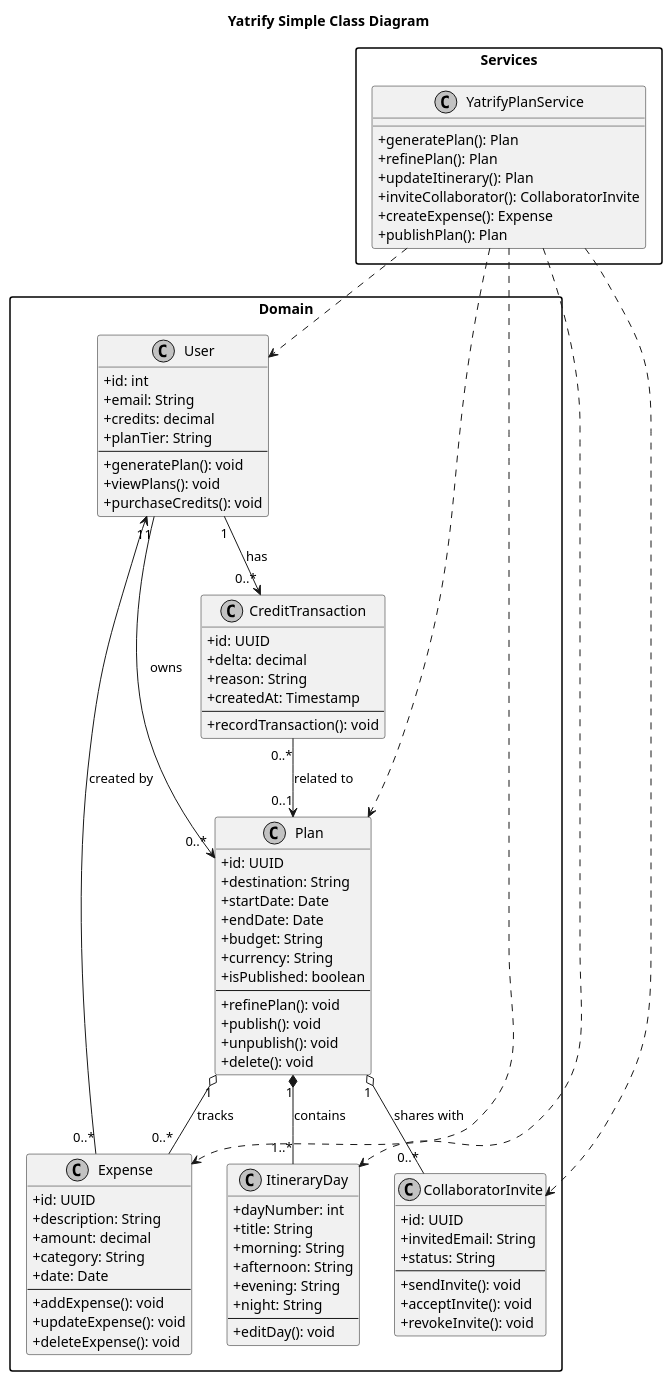
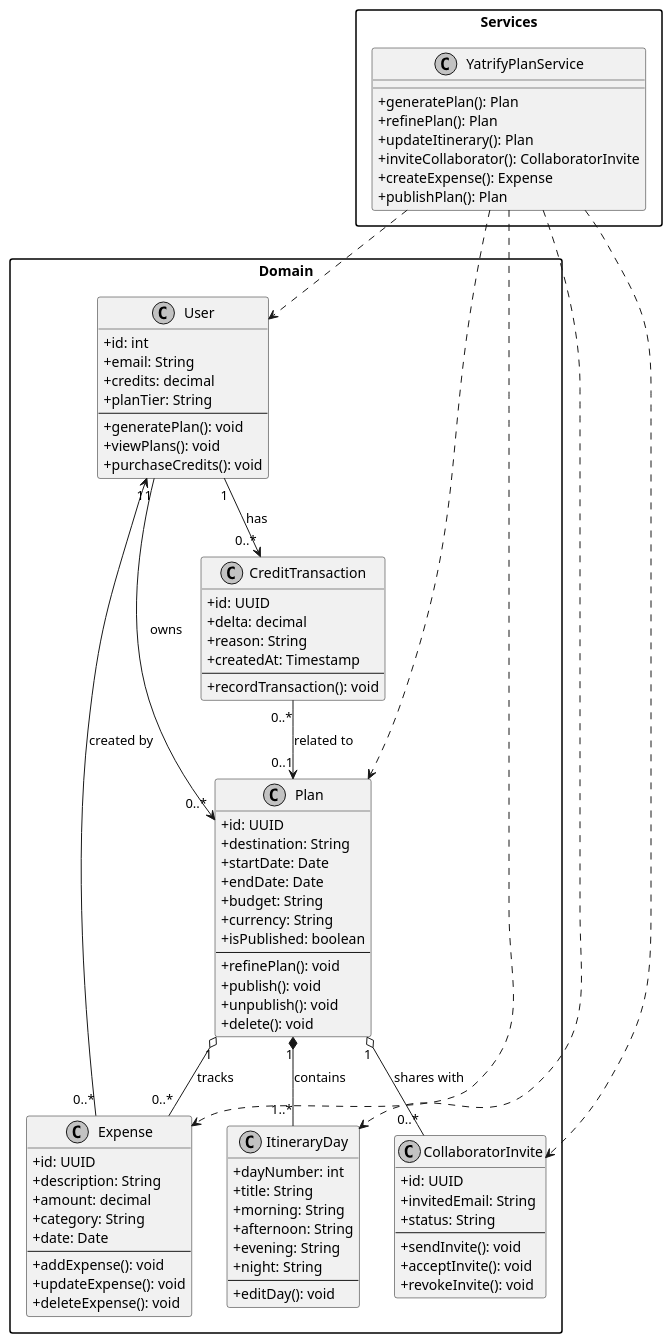
The diagram in Diagram/class.plantuml (naishil19/Yatrify), drawn with PlantUML before and after one commit. The commit also changed 16 other files, not shown here.

```diff
--- a/Diagram/class.plantuml
+++ b/Diagram/class.plantuml
@@ -1,105 +1,104 @@
 @startuml
 skinparam monochrome true
 skinparam shadowing false
 skinparam classAttributeIconSize 0
 skinparam packageStyle rectangle
 
-title Yatrify Simple Class Diagram
 
 package "Domain" {
   class User {
     +id: int
     +email: String
     +credits: decimal
     +planTier: String
     --
     +generatePlan(): void
     +viewPlans(): void
     +purchaseCredits(): void
   }
 
   class Plan {
     +id: UUID
     +destination: String
     +startDate: Date
     +endDate: Date
     +budget: String
     +currency: String
     +isPublished: boolean
     --
     +refinePlan(): void
     +publish(): void
     +unpublish(): void
     +delete(): void
   }
 
   class ItineraryDay {
     +dayNumber: int
     +title: String
     +morning: String
     +afternoon: String
     +evening: String
     +night: String
     --
     +editDay(): void
   }
 
   class Expense {
     +id: UUID
     +description: String
     +amount: decimal
     +category: String
     +date: Date
     --
     +addExpense(): void
     +updateExpense(): void
     +deleteExpense(): void
   }
 
   class CollaboratorInvite {
     +id: UUID
     +invitedEmail: String
     +status: String
     --
     +sendInvite(): void
     +acceptInvite(): void
     +revokeInvite(): void
   }
 
   class CreditTransaction {
     +id: UUID
     +delta: decimal
     +reason: String
     +createdAt: Timestamp
     --
     +recordTransaction(): void
   }
 }
 
 package "Services" {
   class YatrifyPlanService {
     +generatePlan(): Plan
     +refinePlan(): Plan
     +updateItinerary(): Plan
     +inviteCollaborator(): CollaboratorInvite
     +createExpense(): Expense
     +publishPlan(): Plan
   }
 }
 
 User "1" --> "0..*" Plan : owns
 Plan "1" *-- "1..*" ItineraryDay : contains
 Plan "1" o-- "0..*" Expense : tracks
 Plan "1" o-- "0..*" CollaboratorInvite : shares with
 User "1" --> "0..*" CreditTransaction : has
 
 Expense "0..*" --> "1" User : created by
 CreditTransaction "0..*" --> "0..1" Plan : related to
 
 YatrifyPlanService ..> User
 YatrifyPlanService ..> Plan
 YatrifyPlanService ..> ItineraryDay
 YatrifyPlanService ..> Expense
 YatrifyPlanService ..> CollaboratorInvite
 
 @enduml
```
